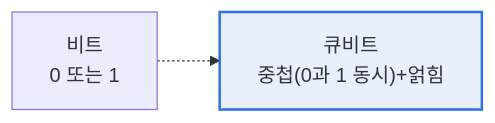
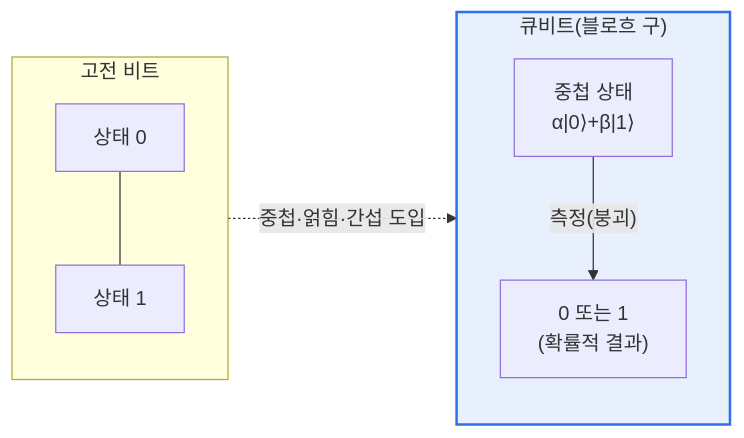
Before and after one commit to coninggu/wjdqhrhksflrltnftk: the first of 2 diagrams in content/qubit.md, drawn with Mermaid. The commit also changed other lines of this file and 3 other files, not shown here.

````diff
--- a/content/qubit.md
+++ b/content/qubit.md
@@ -15,5 +19,11 @@
 ```mermaid
 flowchart LR
-  B["비트<br/>0 또는 1"] -.-> Q["큐비트<br/>중첩(0과 1 동시)+얽힘"]
-  style Q fill:#e8f0fe,stroke:#2f6fed,stroke-width:2px
+  subgraph CL["고전 비트"]
+    B0["상태 0"] --- B1["상태 1"]
+  end
+  subgraph QB["큐비트(블로흐 구)"]
+    S["중첩 상태<br/>α|0⟩+β|1⟩"] -->|"측정(붕괴)"| R["0 또는 1<br/>(확률적 결과)"]
+  end
+  CL -.->|"중첩·얽힘·간섭 도입"| QB
+  style QB fill:#e8f0fe,stroke:#2f6fed,stroke-width:2px
 ```
````
